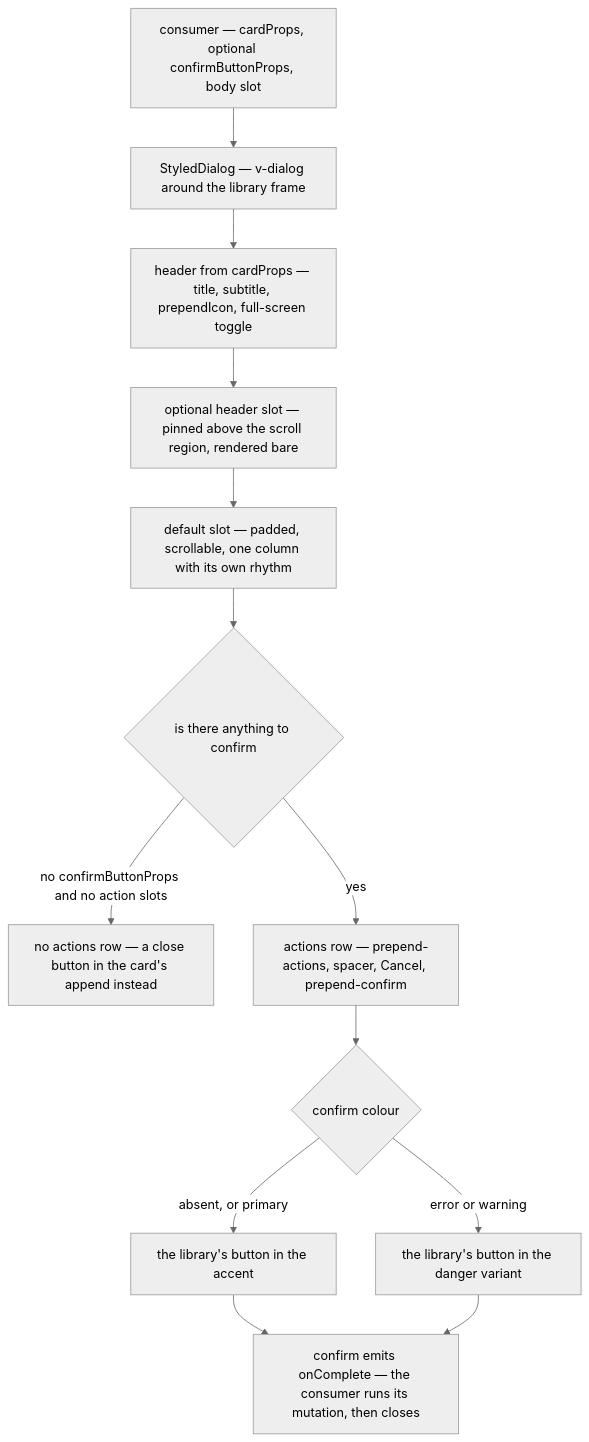
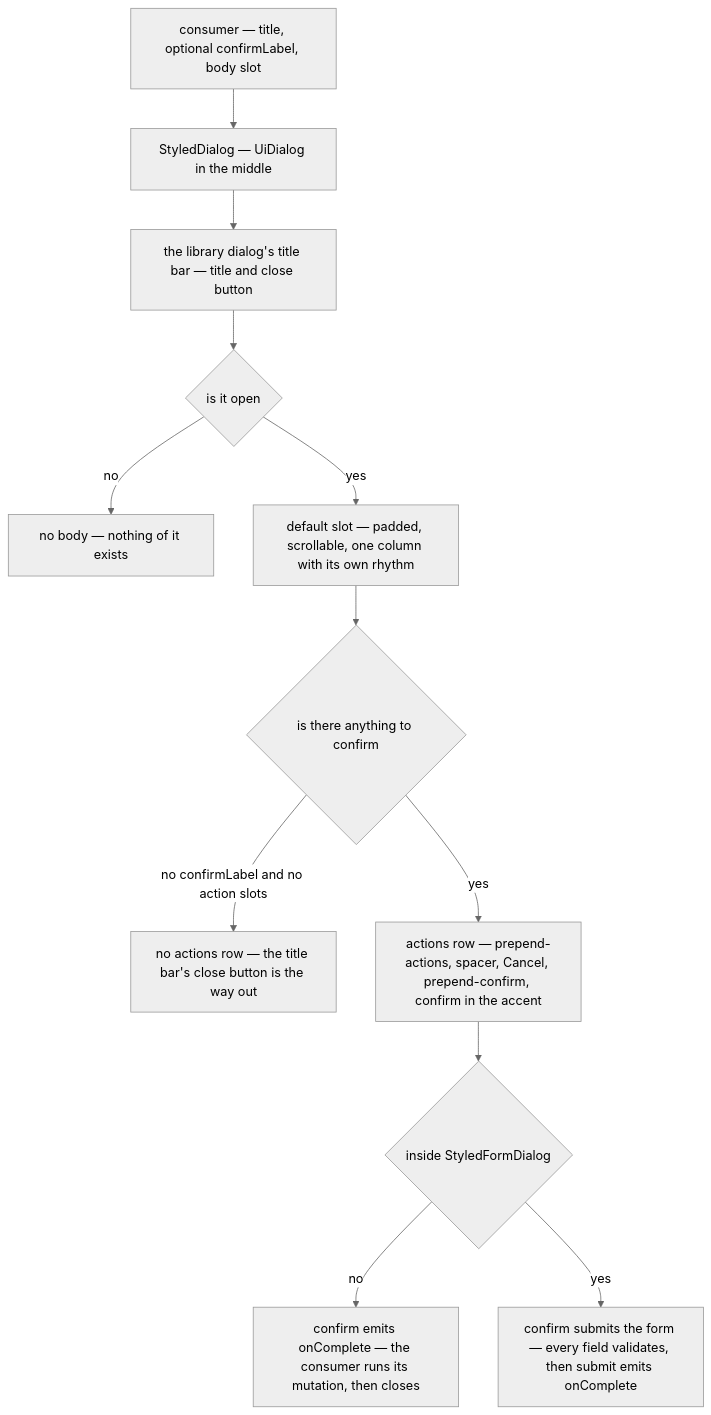
One commit to Esposter/Esposter changed the diagram in apps/web/content/docs/architecture/dialog-shell.md. Above: the diagram before and after it, drawn with Mermaid (neutral theme). The commit also changed other lines of this file and 42 other files, not shown here.

First line of the commit message:
refactor(ui): the dialog shells stand on the library's dialog and form, and take the library's words

````diff
--- a/apps/web/content/docs/architecture/dialog-shell.md
+++ b/apps/web/content/docs/architecture/dialog-shell.md
@@ -14,15 +16,14 @@
 ```mermaid
 flowchart TD
-  CONSUMER["consumer — cardProps, optional confirmButtonProps, body slot"] --> SHELL["StyledDialog — v-dialog around the library frame"]
-  SHELL --> HEADER["header from cardProps — title, subtitle, prependIcon, full-screen toggle"]
-  HEADER --> PINNED["optional header slot — pinned above the scroll region, rendered bare"]
-  PINNED --> BODY["default slot — padded, scrollable, one column with its own rhythm"]
+  CONSUMER["consumer — title, optional confirmLabel, body slot"] --> SHELL["StyledDialog — UiDialog in the middle"]
+  SHELL --> HEADER["the library dialog's title bar — title and close button"]
+  HEADER --> OPEN{"is it open"}
+  OPEN -->|"no"| NOTHING["no body — nothing of it exists"]
+  OPEN -->|"yes"| BODY["default slot — padded, scrollable, one column with its own rhythm"]
   BODY --> HASACTIONS{"is there anything to confirm"}
-  HASACTIONS -->|"no confirmButtonProps and no action slots"| CLOSE["no actions row — a close button in the card's append instead"]
-  HASACTIONS -->|"yes"| ACTIONS["actions row — prepend-actions, spacer, Cancel, prepend-confirm"]
-  ACTIONS --> GATE{"confirm colour"}
-  GATE -->|"absent, or primary"| ACCENT["the library's button in the accent"]
-  GATE -->|"error or warning"| DANGER["the library's button in the danger variant"]
-  ACCENT --> CONFIRM["confirm emits onComplete — the consumer runs its mutation, then closes"]
-  DANGER --> CONFIRM
+  HASACTIONS -->|"no confirmLabel and no action slots"| CLOSE["no actions row — the title bar's close button is the way out"]
+  HASACTIONS -->|"yes"| ACTIONS["actions row — prepend-actions, spacer, Cancel, prepend-confirm, confirm in the accent"]
+  ACTIONS --> FORM{"inside StyledFormDialog"}
+  FORM -->|"no"| CONFIRM["confirm emits onComplete — the consumer runs its mutation, then closes"]
+  FORM -->|"yes"| SUBMIT["confirm submits the form — every field validates, then submit emits onComplete"]
 ```
````
